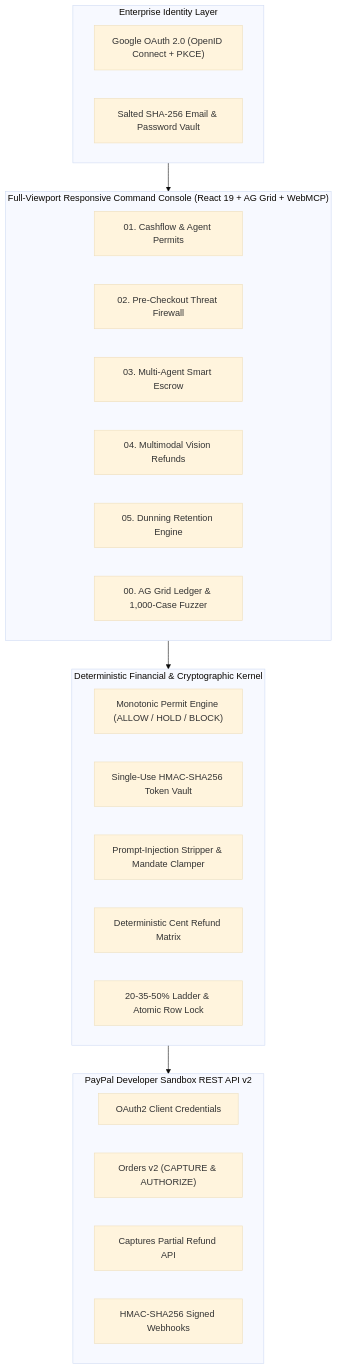
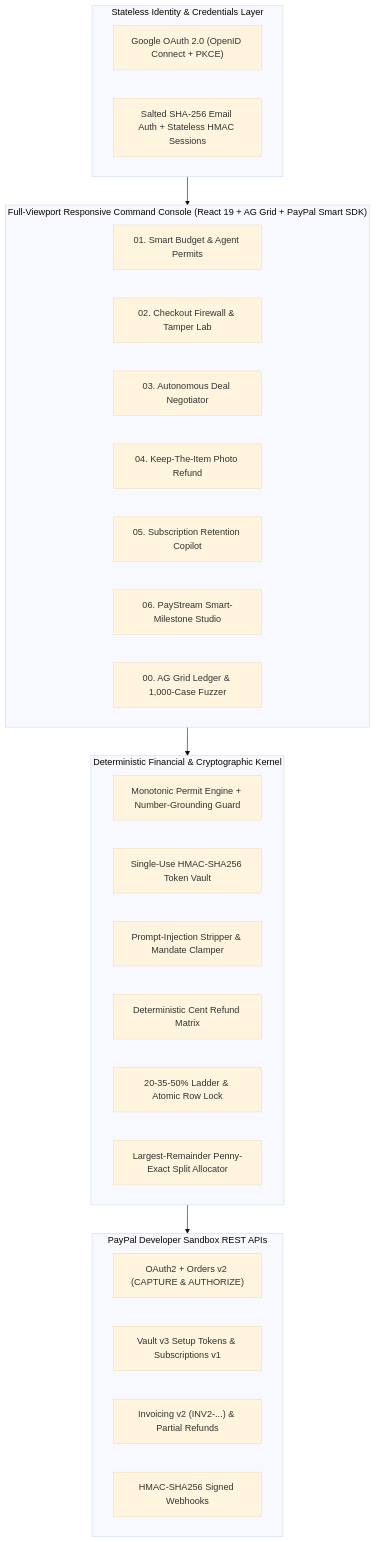
Before and after one commit to A-P-S-Bhaidav/PayPal_Hackathon: the diagram in docs/SYSTEM_ARCHITECTURE.md, drawn with Mermaid (base theme). The commit also changed other lines of this file and 34 other files, not shown here.

Commit message:
feat: upgrade AegisPay OS v2.0 with 6 live PayPal+AI modules, PayStream milestone studio, and bundled Vercel ESM API

````diff
--- a/docs/SYSTEM_ARCHITECTURE.md
+++ b/docs/SYSTEM_ARCHITECTURE.md
@@ -26,35 +28,37 @@
 ```mermaid
 flowchart TB
-    subgraph Identity["Enterprise Identity Layer"]
+    subgraph Identity["Stateless Identity & Credentials Layer"]
         ID1["Google OAuth 2.0 (OpenID Connect + PKCE)"]
-        ID2["Salted SHA-256 Email & Password Vault"]
+        ID2["Salted SHA-256 Email Auth + Stateless HMAC Sessions"]
     end
 
-    subgraph Console["Full-Viewport Responsive Command Console (React 19 + AG Grid + WebMCP)"]
-        M1["01. Cashflow & Agent Permits"]
-        M2["02. Pre-Checkout Threat Firewall"]
-        M3["03. Multi-Agent Smart Escrow"]
-        M4["04. Multimodal Vision Refunds"]
-        M5["05. Dunning Retention Engine"]
+    subgraph Console["Full-Viewport Responsive Command Console (React 19 + AG Grid + PayPal Smart SDK)"]
+        M1["01. Smart Budget & Agent Permits"]
+        M2["02. Checkout Firewall & Tamper Lab"]
+        M3["03. Autonomous Deal Negotiator"]
+        M4["04. Keep-The-Item Photo Refund"]
+        M5["05. Subscription Retention Copilot"]
+        M6["06. PayStream Smart-Milestone Studio"]
         M0["00. AG Grid Ledger & 1,000-Case Fuzzer"]
     end
 
     subgraph Kernel["Deterministic Financial & Cryptographic Kernel"]
-        K1["Monotonic Permit Engine (ALLOW / HOLD / BLOCK)"]
+        K1["Monotonic Permit Engine + Number-Grounding Guard"]
         K2["Single-Use HMAC-SHA256 Token Vault"]
         K3["Prompt-Injection Stripper & Mandate Clamper"]
         K4["Deterministic Cent Refund Matrix"]
         K5["20-35-50% Ladder & Atomic Row Lock"]
+        K6["Largest-Remainder Penny-Exact Split Allocator"]
     end
 
-    subgraph PayPal["PayPal Developer Sandbox REST API v2"]
-        P1["OAuth2 Client Credentials"]
-        P2["Orders v2 (CAPTURE & AUTHORIZE)"]
-        P3["Captures Partial Refund API"]
+    subgraph PayPal["PayPal Developer Sandbox REST APIs"]
+        P1["OAuth2 + Orders v2 (CAPTURE & AUTHORIZE)"]
+        P2["Vault v3 Setup Tokens & Subscriptions v1"]
+        P3["Invoicing v2 (INV2-...) & Partial Refunds"]
         P4["HMAC-SHA256 Signed Webhooks"]
     end
 
     Identity --> Console
     Console --> Kernel
     Kernel --> PayPal
 ```
````
